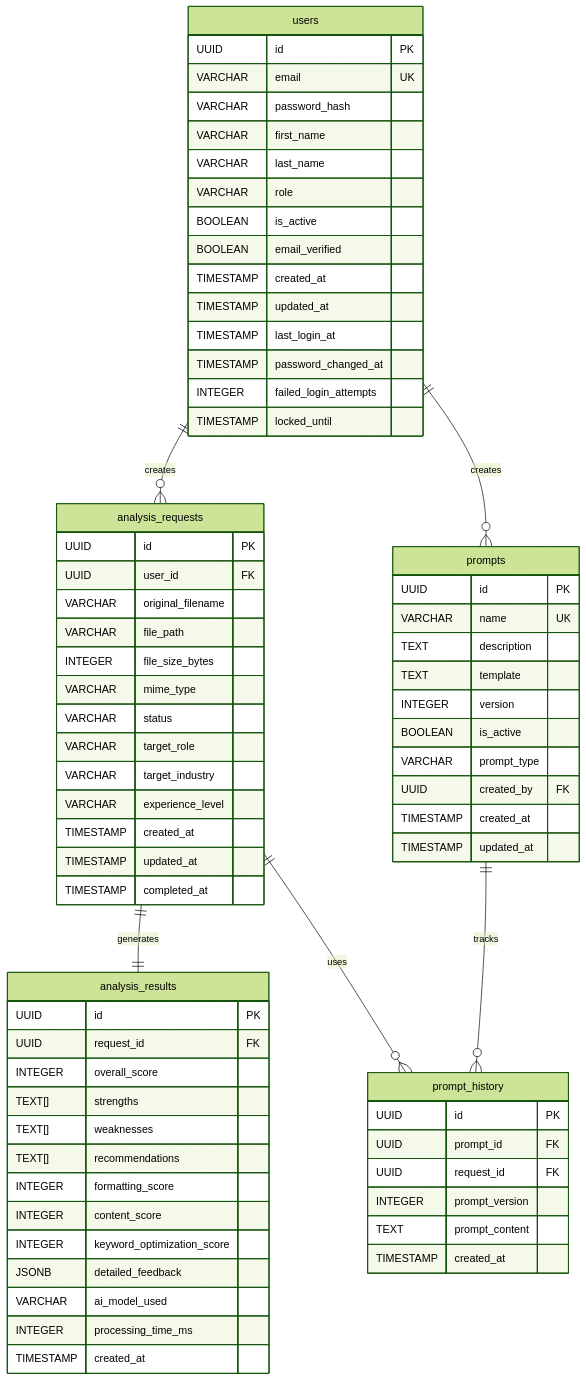
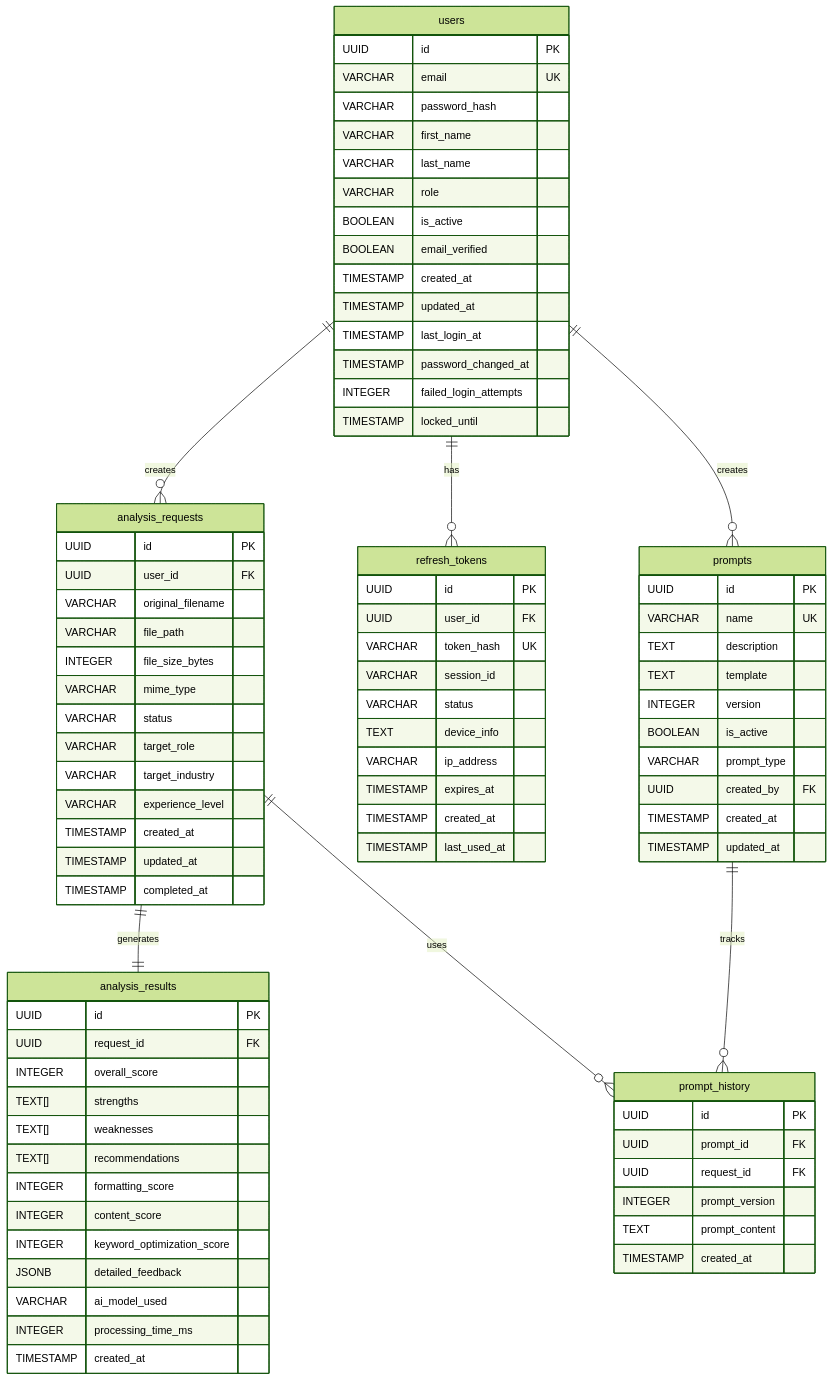
One commit to nob99/ai-resume-review-v2 changed the diagram in docs/database/er-diagram.md. Above: the diagram before and after it, drawn with Mermaid (forest theme). The commit also changed other lines of this file and 5 other files, not shown here.

```diff
--- a/docs/database/er-diagram.md
+++ b/docs/database/er-diagram.md
@@ -19,6 +19,19 @@
         TIMESTAMP password_changed_at
         INTEGER failed_login_attempts
         TIMESTAMP locked_until
+    }
+    
+    refresh_tokens {
+        UUID id PK
+        UUID user_id FK
+        VARCHAR token_hash UK
+        VARCHAR session_id
+        VARCHAR status
+        TEXT device_info
+        VARCHAR ip_address
+        TIMESTAMP expires_at
+        TIMESTAMP created_at
+        TIMESTAMP last_used_at
     }
     
     analysis_requests {
@@ -76,6 +89,7 @@
     }
 
     users ||--o{ analysis_requests : "creates"
+    users ||--o{ refresh_tokens : "has"
     analysis_requests ||--|| analysis_results : "generates"
     users ||--o{ prompts : "creates"
     prompts ||--o{ prompt_history : "tracks"
```
